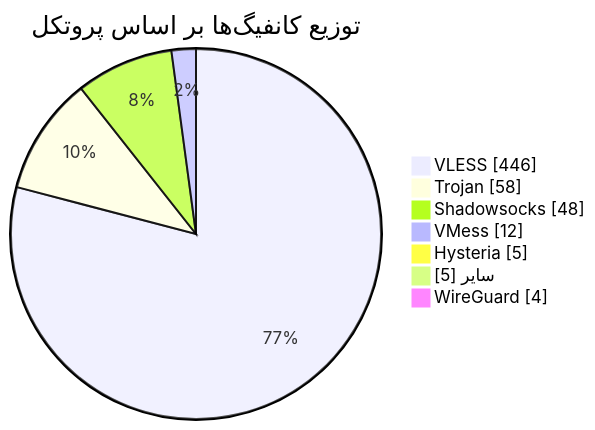
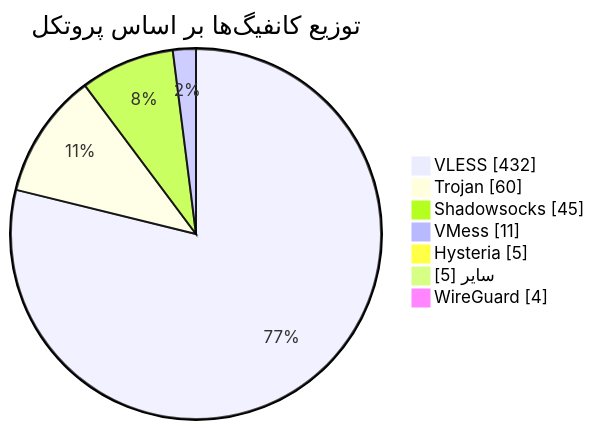
Before and after one commit to Arian-Alijani/Somthing: the diagram in README.md, drawn with Mermaid. The commit also changed other lines of this file and 17 other files, not shown here.

````diff
--- a/README.md
+++ b/README.md
@@ -49,11 +49,11 @@
 ```mermaid
 pie showData
     title توزیع کانفیگ‌ها بر اساس پروتکل
-    "VLESS" : 446
-    "Trojan" : 58
-    "Shadowsocks" : 48
-    "VMess" : 12
+    "VLESS" : 432
+    "Trojan" : 60
+    "Shadowsocks" : 45
+    "VMess" : 11
     "Hysteria" : 5
     "سایر" : 5
     "WireGuard" : 4
 ```
````
